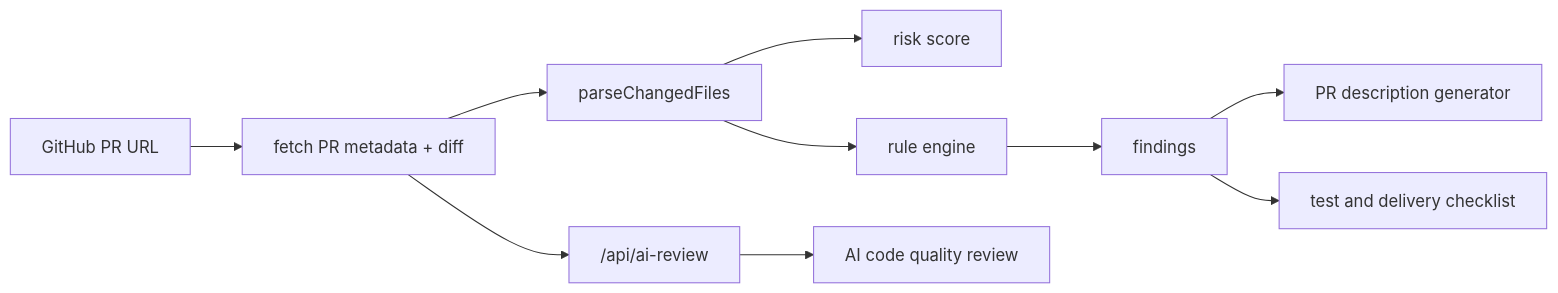
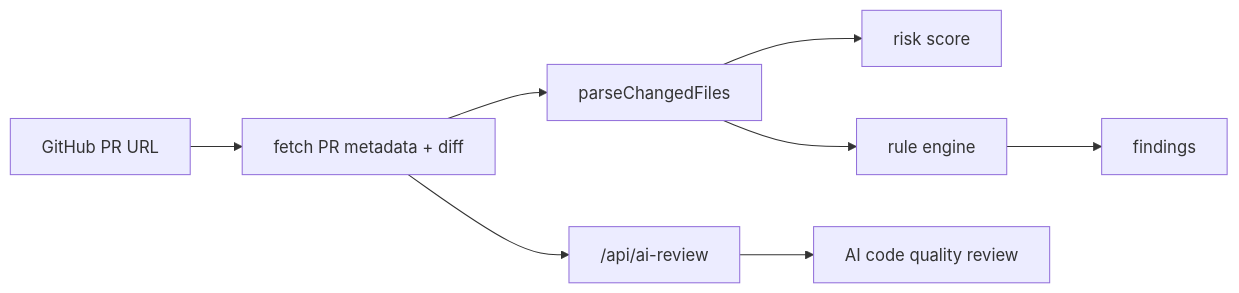
One commit to the-shy123456/AI-PR-REVIEW changed the diagram in docs/ARCHITECTURE.md. Above: the diagram before and after it, drawn with Mermaid. The commit also changed other lines of this file and 13 other files, not shown here.

````diff
--- a/docs/ARCHITECTURE.md
+++ b/docs/ARCHITECTURE.md
@@ -13,12 +13,10 @@
 ```mermaid
 flowchart LR
   A["GitHub PR URL"] --> B["fetch PR metadata + diff"]
   B --> C["parseChangedFiles"]
   C --> D["risk score"]
   C --> E["rule engine"]
   E --> F["findings"]
-  F --> G["PR description generator"]
-  F --> H["test and delivery checklist"]
   B --> I["/api/ai-review"]
   I --> J["AI code quality review"]
 ```
````
